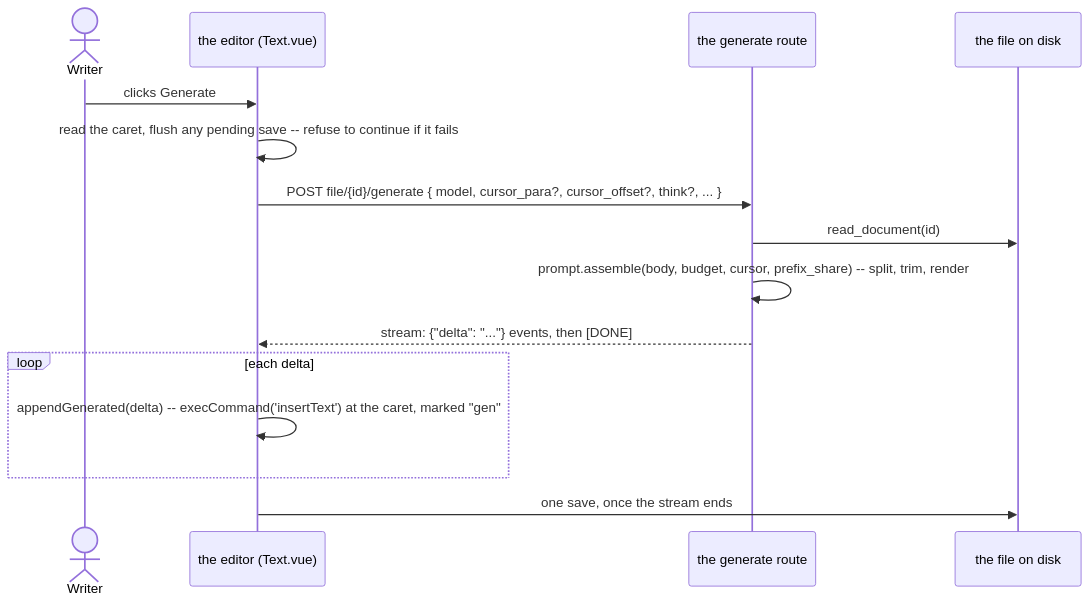
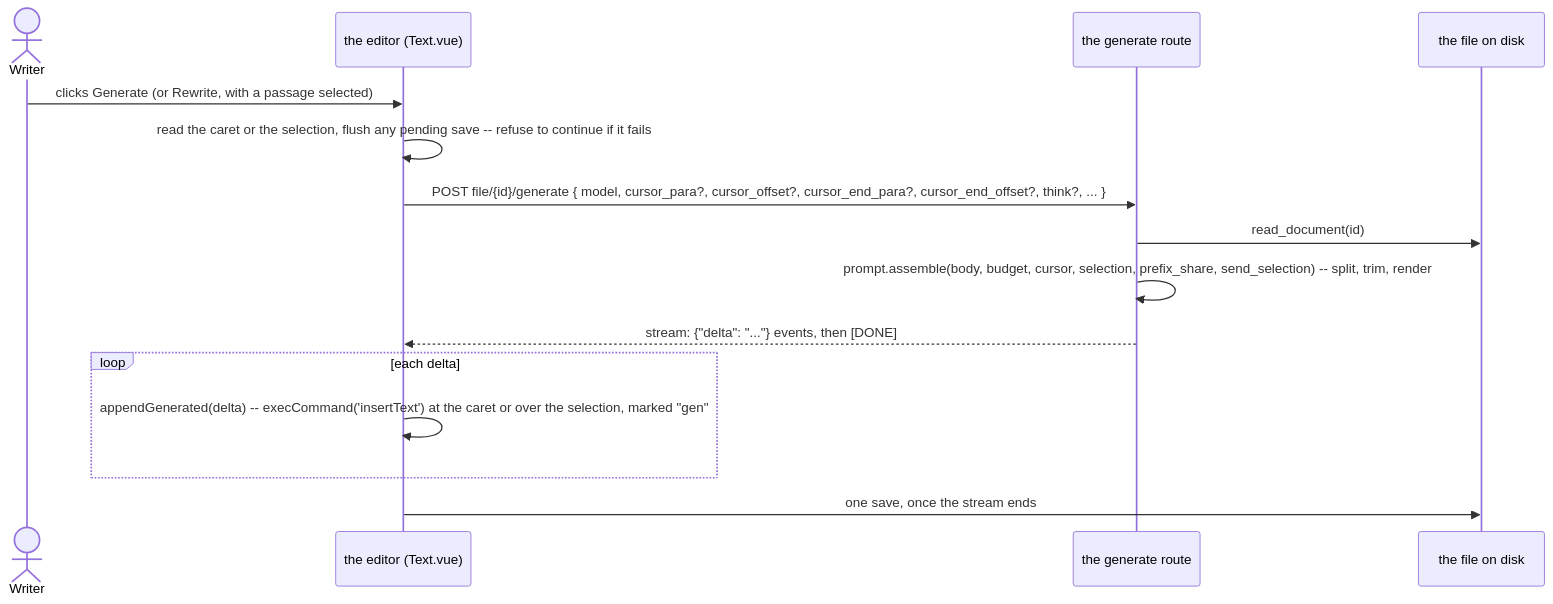
One commit to InkSpireEditor/inkspire-api changed the first of 2 diagrams in docs/prompt.md. Above: the diagram before and after it, drawn with Mermaid. The commit also changed other lines of this file and 11 other files, not shown here.

First line of the commit message:
Generate as a rewrite of a selected passage, optionally showing it to the model

````diff
--- a/docs/prompt.md
+++ b/docs/prompt.md
@@ -12,18 +13,18 @@
 ```mermaid
 sequenceDiagram
     actor W as Writer
     participant E as the editor (Text.vue)
     participant API as the generate route
     participant FS as the file on disk
 
-    W->>E: clicks Generate
-    E->>E: read the caret, flush any pending save -- refuse to continue if it fails
-    E->>API: POST file/{id}/generate { model, cursor_para?, cursor_offset?, think?, ... }
+    W->>E: clicks Generate (or Rewrite, with a passage selected)
+    E->>E: read the caret or the selection, flush any pending save -- refuse to continue if it fails
+    E->>API: POST file/{id}/generate { model, cursor_para?, cursor_offset?, cursor_end_para?, cursor_end_offset?, think?, ... }
     API->>FS: read_document(id)
-    API->>API: prompt.assemble(body, budget, cursor, prefix_share) -- split, trim, render
+    API->>API: prompt.assemble(body, budget, cursor, selection, prefix_share, send_selection) -- split, trim, render
     API-->>E: stream: {"delta": "..."} events, then [DONE]
     loop each delta
-        E->>E: appendGenerated(delta) -- execCommand('insertText') at the caret, marked "gen"
+        E->>E: appendGenerated(delta) -- execCommand('insertText') at the caret or over the selection, marked "gen"
     end
     E->>FS: one save, once the stream ends
 ```
````
